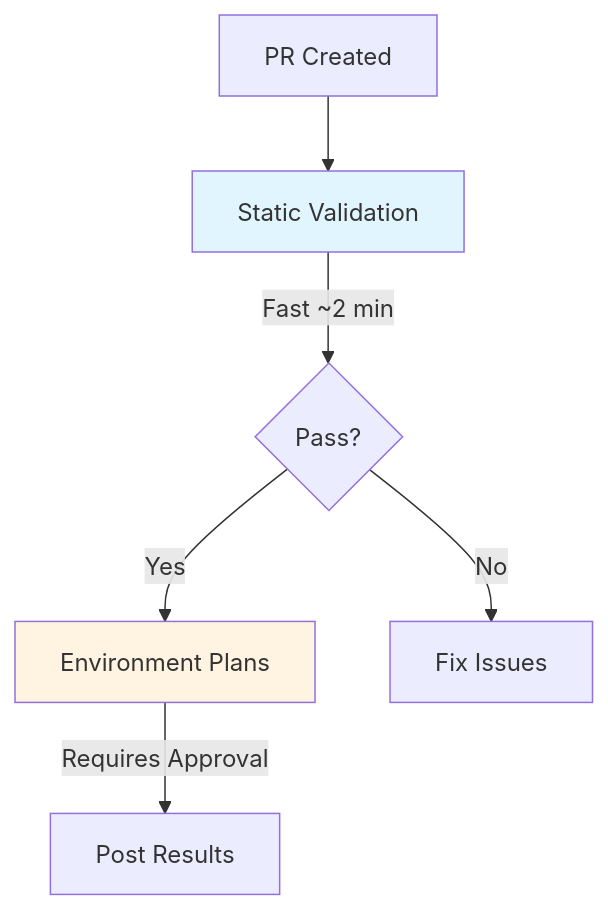
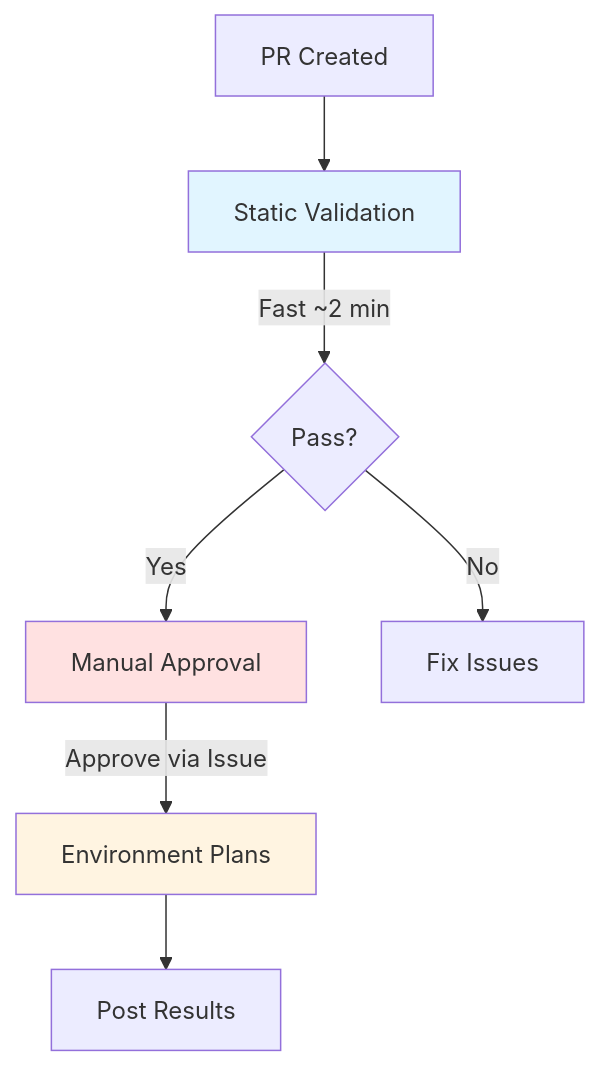
Before and after one commit to kewalaka/terraform-azure-starter-template: the diagram in README.md, drawn with Mermaid. The commit also changed other lines of this file and 4 other files, not shown here.

Commit message:
Implement manual approval action for PR workflow to avoid double approvals

````diff
--- a/README.md
+++ b/README.md
@@ -16,11 +16,13 @@
 ```mermaid
 graph TD
     A[PR Created] --> B[Static Validation]
     B -->|Fast ~2 min| C{Pass?}
-    C -->|Yes| D[Environment Plans]
+    C -->|Yes| D[Manual Approval]
     C -->|No| E[Fix Issues]
-    D -->|Requires Approval| F[Post Results]
+    D -->|Approve via Issue| F[Environment Plans]
+    F --> G[Post Results]
     
     style B fill:#e1f5ff
-    style D fill:#fff4e1
+    style D fill:#ffe1e1
+    style F fill:#fff4e1
 ```
````
